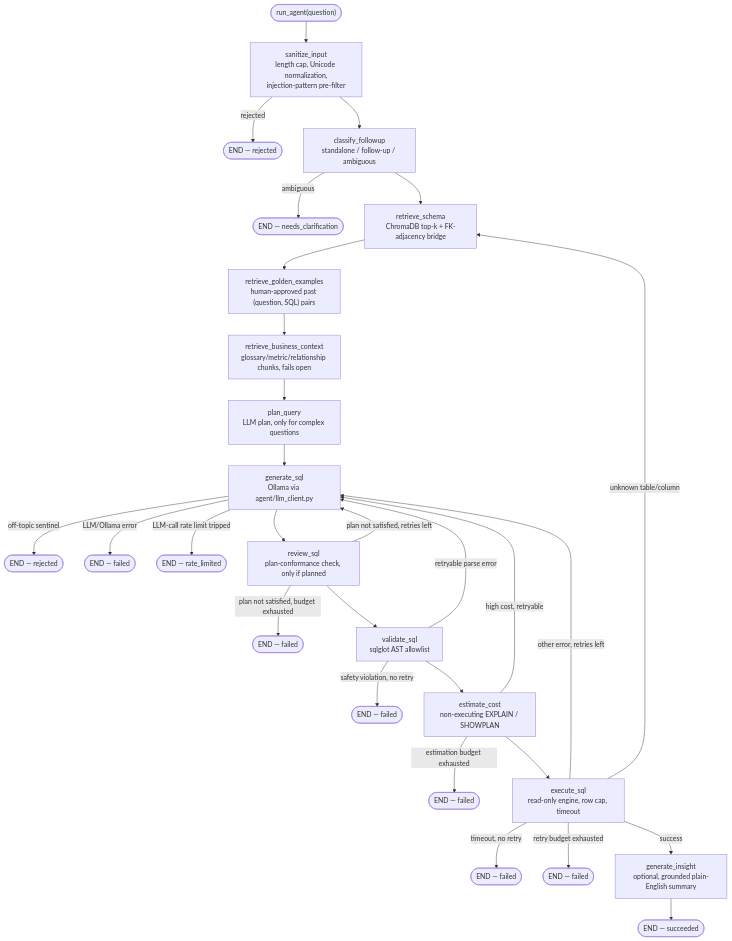
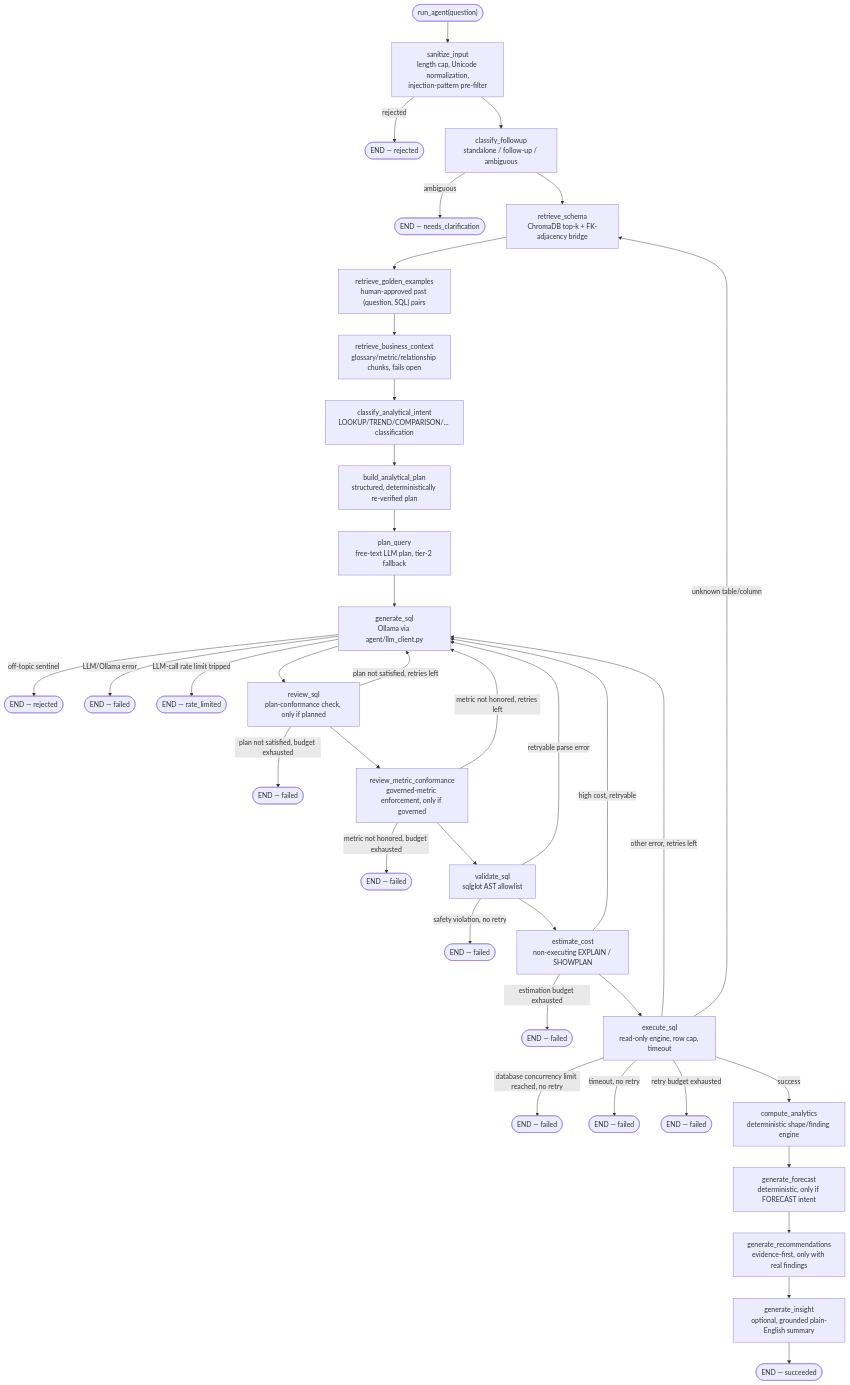
The first of 3 diagrams in docs/ARCHITECTURE.md (surajkumarnavodya/text-to-sql-agent-langgraph), drawn with Mermaid before and after one commit. The commit also changed other lines of this file and 5 other files, not shown here.

````diff
--- a/docs/ARCHITECTURE.md
+++ b/docs/ARCHITECTURE.md
@@ -25,31 +27,40 @@
 ```mermaid
 flowchart TD
     START(["run_agent(question)"]) --> SI["sanitize_input<br/>length cap, Unicode normalization,<br/>injection-pattern pre-filter"]
     SI -->|rejected| ENDREJ1(["END — rejected"])
     SI --> CF["classify_followup<br/>standalone / follow-up / ambiguous"]
     CF -->|ambiguous| ENDCLAR(["END — needs_clarification"])
     CF --> RS["retrieve_schema<br/>ChromaDB top-k + FK-adjacency bridge"]
     RS --> RGE["retrieve_golden_examples<br/>human-approved past (question, SQL) pairs"]
     RGE --> RBC["retrieve_business_context<br/>glossary/metric/relationship chunks, fails open"]
-    RBC --> PQ["plan_query<br/>LLM plan, only for complex questions"]
+    RBC --> CAI["classify_analytical_intent<br/>LOOKUP/TREND/COMPARISON/... classification"]
+    CAI --> BAP["build_analytical_plan<br/>structured, deterministically re-verified plan"]
+    BAP --> PQ["plan_query<br/>free-text LLM plan, tier-2 fallback"]
     PQ --> GS["generate_sql<br/>Ollama via agent/llm_client.py"]
     GS -->|off-topic sentinel| ENDREJ2(["END — rejected"])
     GS -->|LLM/Ollama error| ENDFAIL1(["END — failed"])
     GS -->|LLM-call rate limit tripped| ENDRATE(["END — rate_limited"])
     GS --> RV["review_sql<br/>plan-conformance check, only if planned"]
     RV -->|plan not satisfied, retries left| GS
     RV -->|plan not satisfied, budget exhausted| ENDFAIL6(["END — failed"])
-    RV --> VS["validate_sql<br/>sqlglot AST allowlist"]
+    RV --> RMC["review_metric_conformance<br/>governed-metric enforcement, only if governed"]
+    RMC -->|metric not honored, retries left| GS
+    RMC -->|metric not honored, budget exhausted| ENDFAIL7(["END — failed"])
+    RMC --> VS["validate_sql<br/>sqlglot AST allowlist"]
     VS -->|safety violation, no retry| ENDFAIL2(["END — failed"])
     VS -->|retryable parse error| GS
     VS --> CE["estimate_cost<br/>non-executing EXPLAIN / SHOWPLAN"]
     CE -->|high cost, retryable| GS
     CE -->|estimation budget exhausted| ENDFAIL3(["END — failed"])
     CE --> ES["execute_sql<br/>read-only engine, row cap, timeout"]
     ES -->|unknown table/column| RS
+    ES -->|database concurrency limit reached, no retry| ENDFAIL8(["END — failed"])
     ES -->|other error, retries left| GS
     ES -->|timeout, no retry| ENDFAIL4(["END — failed"])
     ES -->|retry budget exhausted| ENDFAIL5(["END — failed"])
-    ES -->|success| GI["generate_insight<br/>optional, grounded plain-English summary"]
+    ES -->|success| CA["compute_analytics<br/>deterministic shape/finding engine"]
+    CA --> GF["generate_forecast<br/>deterministic, only if FORECAST intent"]
+    GF --> GR["generate_recommendations<br/>evidence-first, only with real findings"]
+    GR --> GI["generate_insight<br/>optional, grounded plain-English summary"]
     GI --> ENDOK(["END — succeeded"])
 ```
````
